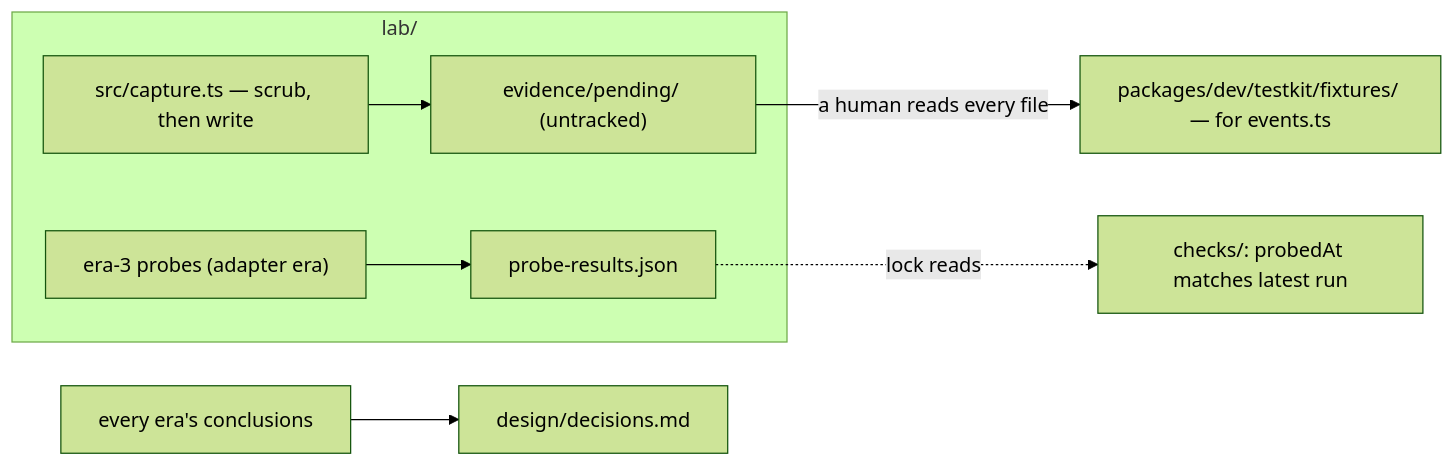
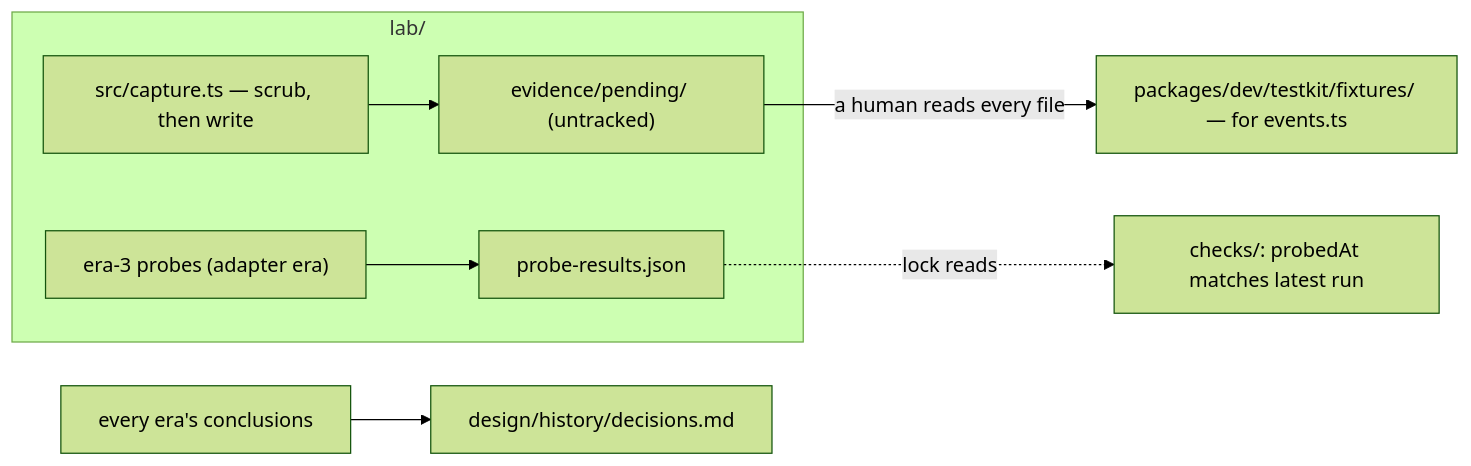
One commit to cheese-cakee/sdk-automations changed the diagram in packages/dev/lab/README.md. Above: the diagram before and after it, drawn with Mermaid (forest theme). The commit also changed other lines of this file and 457 other files, not shown here.

````diff
--- a/packages/dev/lab/README.md
+++ b/packages/dev/lab/README.md
@@ -28,10 +32,10 @@
 ```mermaid
 flowchart LR
     subgraph lab ["lab/"]
         capture["src/capture.ts — scrub, then write"] --> pending["evidence/pending/ (untracked)"]
         probes["era-3 probes (adapter era)"] --> results["probe-results.json"]
     end
     pending -->|"a human reads every file"| fixtures["packages/dev/testkit/fixtures/ — for events.ts"]
     results -.->|"lock reads"| checks["checks/: probedAt matches latest run"]
-    conclusions["every era's conclusions"] --> register["design/decisions.md"]
+    conclusions["every era's conclusions"] --> register["design/history/decisions.md"]
 ```
````
